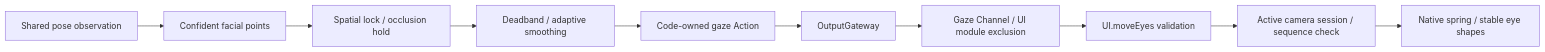
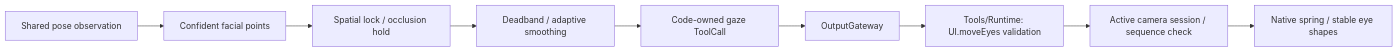
One commit to devilyouwei/MobileHarness changed the third of 3 diagrams in MobileHarness/Agents/VisionPerception/README.md. Above: the diagram before and after it, drawn with Mermaid. The commit also changed other lines of this file and 33 other files, not shown here.

````diff
--- a/MobileHarness/Agents/VisionPerception/README.md
+++ b/MobileHarness/Agents/VisionPerception/README.md
@@ -133,12 +133,11 @@
 ```mermaid
 flowchart LR
     Pose[Shared pose observation] --> Face[Confident facial points]
     Face --> Lock[Spatial lock / occlusion hold]
     Lock --> Filter[Deadband / adaptive smoothing]
-    Filter --> Resolve[Code-owned gaze Action]
+    Filter --> Resolve[Code-owned gaze ToolCall]
     Resolve --> Gateway[OutputGateway]
-    Gateway --> Channel[Gaze Channel / UI module exclusion]
-    Channel --> Action[UI.moveEyes validation]
-    Action --> Scene[Active camera session / sequence check]
+    Gateway --> Tool[Tools/Runtime: UI.moveEyes validation]
+    Tool --> Scene[Active camera session / sequence check]
     Scene --> Eyes[Native spring / stable eye shapes]
 ```
````
